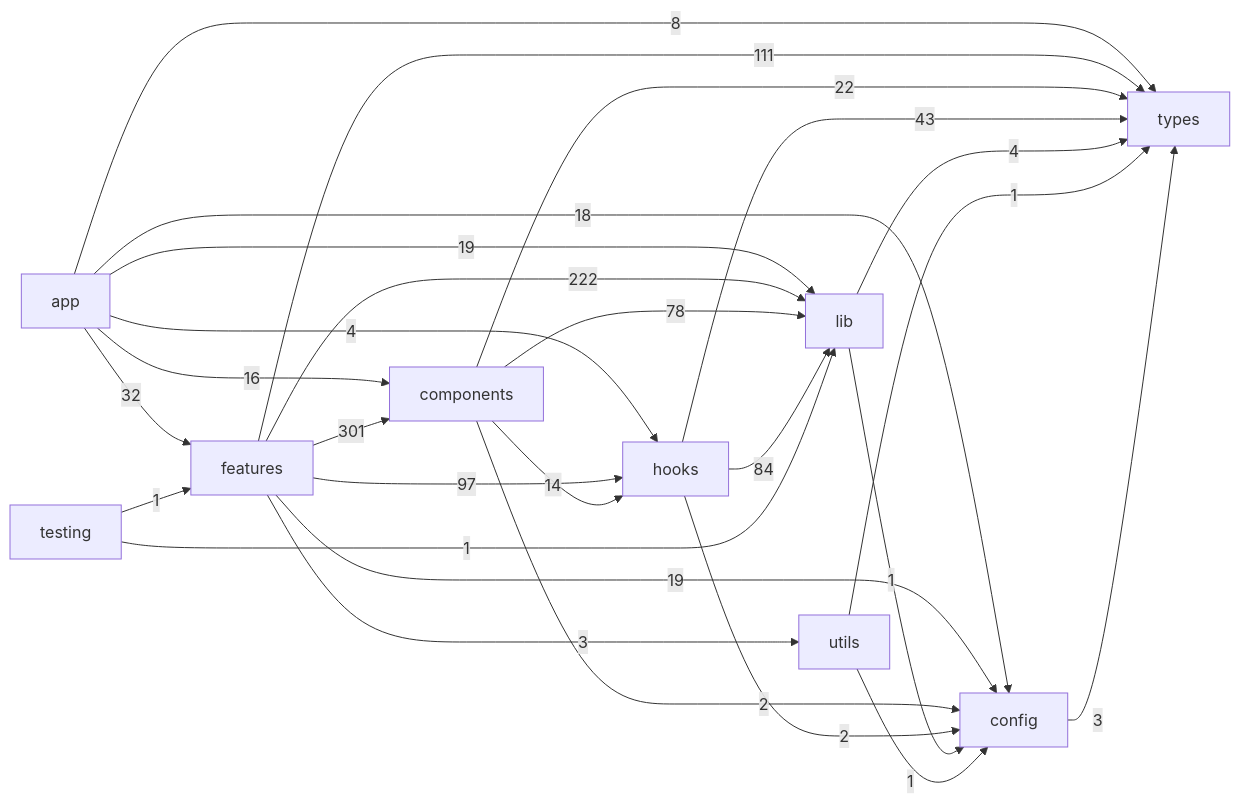
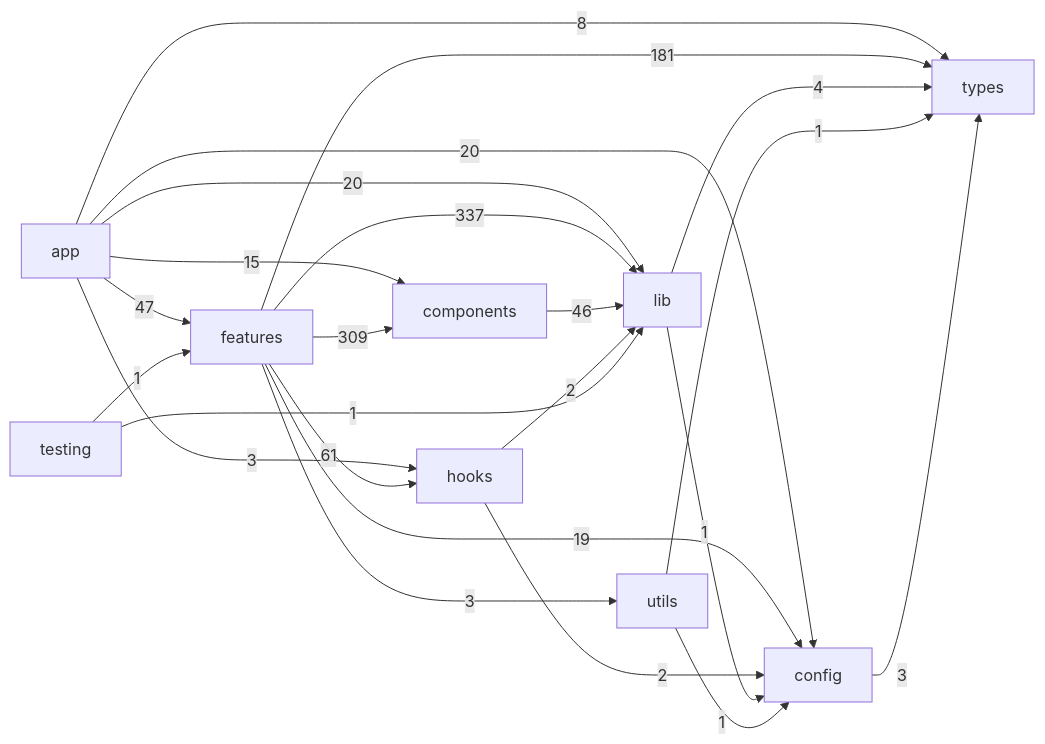
The diagram in lms_frontend/docs/generated/feature-dependency-graph.md (JohnnyZhao2/LMS), drawn with Mermaid before and after one commit. The commit also changed other lines of this file and 218 other files, not shown here.

````diff
--- a/lms_frontend/docs/generated/feature-dependency-graph.md
+++ b/lms_frontend/docs/generated/feature-dependency-graph.md
@@ -7,38 +7,34 @@
 ```mermaid
 flowchart LR
   app["app"]
   features["features"]
   components["components"]
   hooks["hooks"]
   lib["lib"]
   utils["utils"]
   config["config"]
   testing["testing"]
   types["types"]
-  app -->|32| features
-  app -->|16| components
-  app -->|4| hooks
-  app -->|19| lib
-  app -->|18| config
+  app -->|47| features
+  app -->|15| components
+  app -->|3| hooks
+  app -->|20| lib
+  app -->|20| config
   app -->|8| types
-  features -->|301| components
-  features -->|97| hooks
-  features -->|222| lib
+  features -->|309| components
+  features -->|61| hooks
+  features -->|337| lib
   features -->|3| utils
   features -->|19| config
-  features -->|111| types
-  components -->|14| hooks
-  components -->|78| lib
-  components -->|2| config
-  components -->|22| types
-  hooks -->|84| lib
+  features -->|181| types
+  components -->|46| lib
+  hooks -->|2| lib
   hooks -->|2| config
-  hooks -->|43| types
   lib -->|1| config
   lib -->|4| types
   utils -->|1| config
   utils -->|1| types
   config -->|3| types
   testing -->|1| features
   testing -->|1| lib
 ```
````
